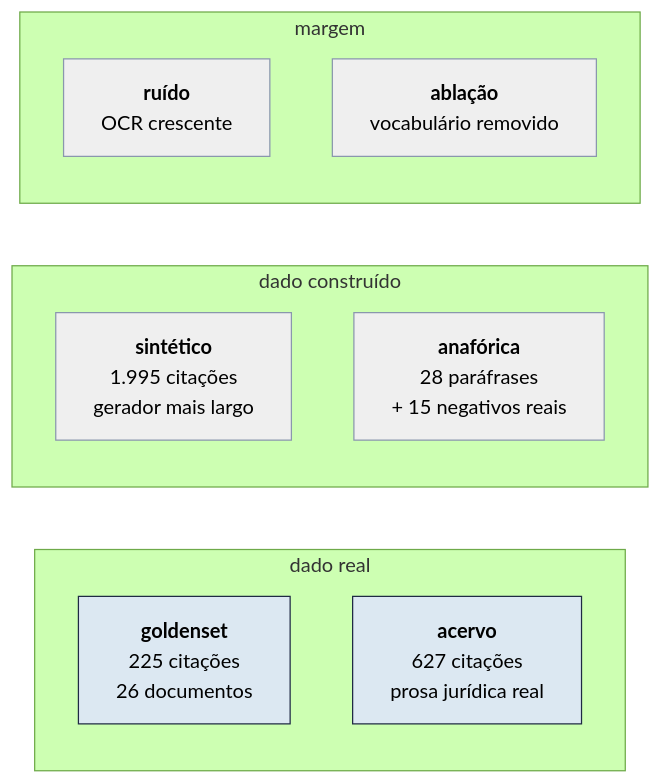
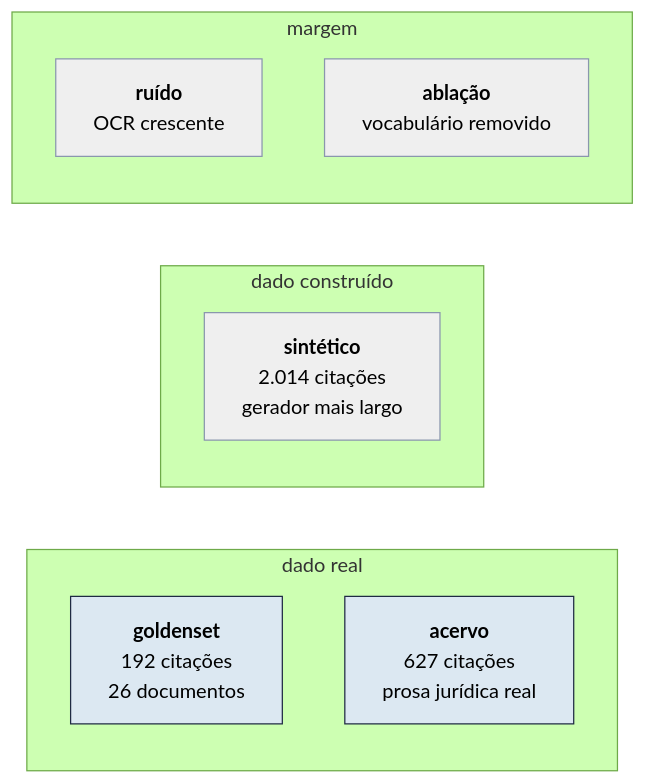
One commit to CristhianKapelinski/baqueano-jus changed the fourth of 4 diagrams in README.md. Above: the diagram before and after it, drawn with Mermaid (forest theme). The commit also changed other lines of this file and 10 other files, not shown here.

````diff
--- a/README.md
+++ b/README.md
@@ -296,22 +306,20 @@
 ```mermaid
 flowchart LR
     subgraph D["dado real"]
-        G["<b>goldenset</b><br/>225 citações<br/>26 documentos"]
+        G["<b>goldenset</b><br/>192 citações<br/>26 documentos"]
         AC["<b>acervo</b><br/>627 citações<br/>prosa jurídica real"]
     end
     subgraph S["dado construído"]
-        SI["<b>sintético</b><br/>1.995 citações<br/>gerador mais largo"]
-        AN["<b>anafórica</b><br/>28 paráfrases<br/>+ 15 negativos reais"]
+        SI["<b>sintético</b><br/>2.014 citações<br/>gerador mais largo"]
     end
     subgraph M["margem"]
         RU["<b>ruído</b><br/>OCR crescente"]
         AB["<b>ablação</b><br/>vocabulário removido"]
     end
 
     style G fill:#DCE8F2,stroke:#1F2A44
     style AC fill:#DCE8F2,stroke:#1F2A44
     style SI fill:#EFEFEF,stroke:#8A97AD
-    style AN fill:#EFEFEF,stroke:#8A97AD
     style RU fill:#EFEFEF,stroke:#8A97AD
     style AB fill:#EFEFEF,stroke:#8A97AD
 ```
````
